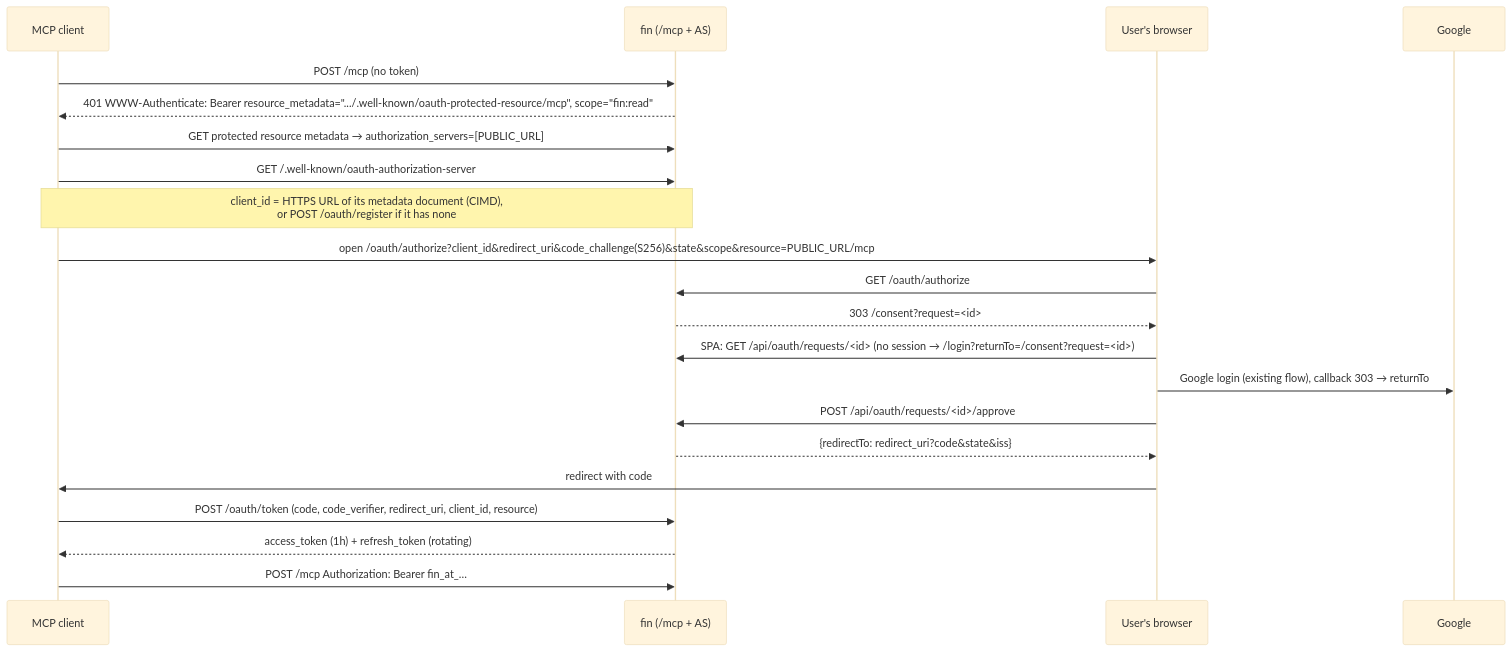
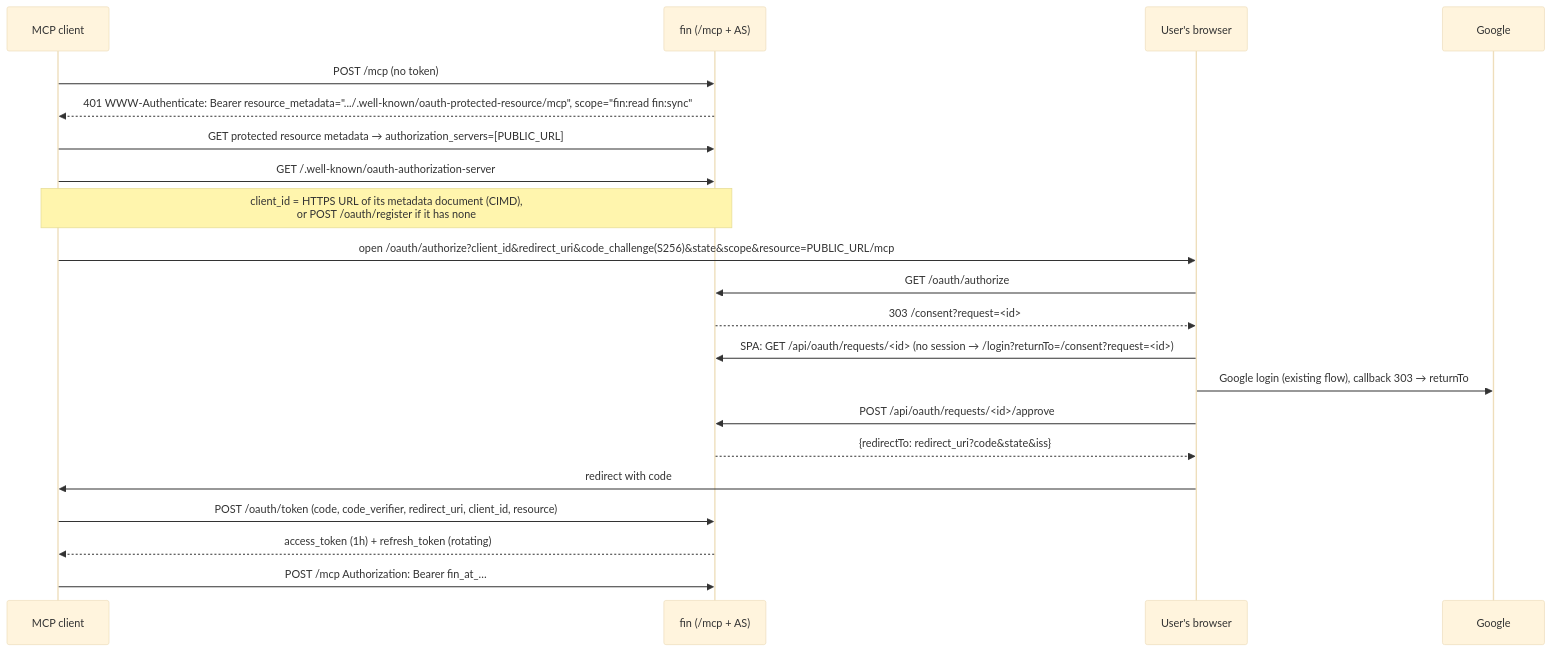
The fourth of 4 diagrams in PLAN.md (tahminator/fin), drawn with Mermaid (base theme) before and after one commit. The commit also changed other lines of this file, not shown here.

First line of the commit message:
Plan MCP refresh tool, OpenAPI docs for MCP/OAuth, clearer client registration

````diff
--- a/PLAN.md
+++ b/PLAN.md
@@ -1903,24 +1916,24 @@
 ```mermaid
 sequenceDiagram
   participant C as MCP client
   participant F as fin (/mcp + AS)
   participant B as User's browser
   participant G as Google
 
   C->>F: POST /mcp (no token)
-  F-->>C: 401 WWW-Authenticate: Bearer resource_metadata=".../.well-known/oauth-protected-resource/mcp", scope="fin:read"
+  F-->>C: 401 WWW-Authenticate: Bearer resource_metadata=".../.well-known/oauth-protected-resource/mcp", scope="fin:read fin:sync"
   C->>F: GET protected resource metadata → authorization_servers=[PUBLIC_URL]
   C->>F: GET /.well-known/oauth-authorization-server
   Note over C,F: client_id = HTTPS URL of its metadata document (CIMD),<br/>or POST /oauth/register if it has none
   C->>B: open /oauth/authorize?client_id&redirect_uri&code_challenge(S256)&state&scope&resource=PUBLIC_URL/mcp
   B->>F: GET /oauth/authorize
   F-->>B: 303 /consent?request=<id>
   B->>F: SPA: GET /api/oauth/requests/<id> (no session → /login?returnTo=/consent?request=<id>)
   B->>G: Google login (existing flow), callback 303 → returnTo
   B->>F: POST /api/oauth/requests/<id>/approve
   F-->>B: {redirectTo: redirect_uri?code&state&iss}
   B->>C: redirect with code
   C->>F: POST /oauth/token (code, code_verifier, redirect_uri, client_id, resource)
   F-->>C: access_token (1h) + refresh_token (rotating)
   C->>F: POST /mcp Authorization: Bearer fin_at_…
 ```
````
